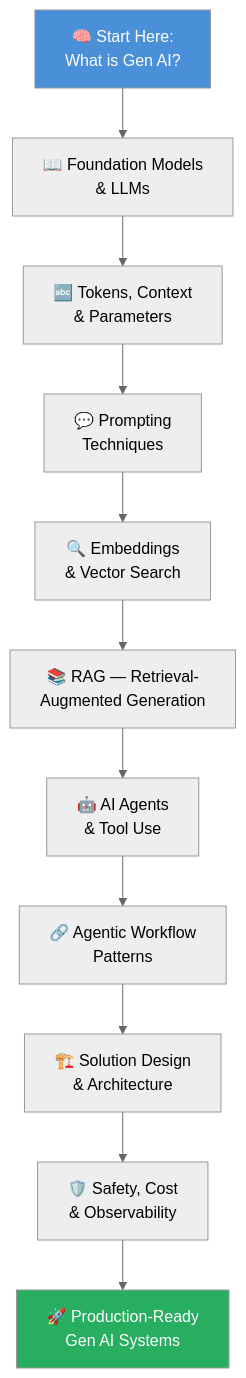
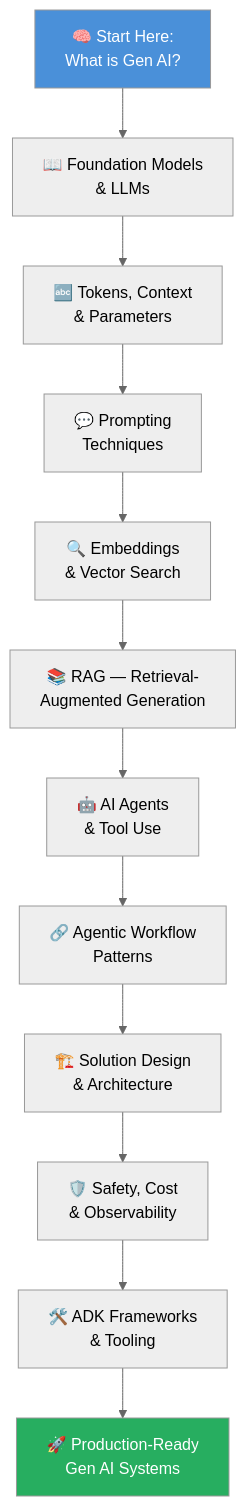
The second of 2 diagrams in artificial-intelligence/README.md (shasanka2710/tech-reference-guide), drawn with Mermaid (neutral theme) before and after one commit. The commit also changed other lines of this file and 6 other files, not shown here.

First line of the commit message:
Add ADK subfolder with documentation for popular ADK frameworks

````diff
--- a/artificial-intelligence/README.md
+++ b/artificial-intelligence/README.md
@@ -55,16 +62,17 @@
 ```mermaid
 flowchart TD
     A["🧠 Start Here:\nWhat is Gen AI?"] --> B["📖 Foundation Models\n& LLMs"]
     B --> C["🔤 Tokens, Context\n& Parameters"]
     C --> D["💬 Prompting\nTechniques"]
     D --> E["🔍 Embeddings\n& Vector Search"]
     E --> F["📚 RAG — Retrieval-\nAugmented Generation"]
     F --> G["🤖 AI Agents\n& Tool Use"]
     G --> H["🔗 Agentic Workflow\nPatterns"]
     H --> I["🏗️ Solution Design\n& Architecture"]
     I --> J["🛡️ Safety, Cost\n& Observability"]
-    J --> K["🚀 Production-Ready\nGen AI Systems"]
+    J --> K["🛠️ ADK Frameworks\n& Tooling"]
+    K --> L["🚀 Production-Ready\nGen AI Systems"]
 
     style A fill:#4A90D9,color:#fff
-    style K fill:#27AE60,color:#fff
+    style L fill:#27AE60,color:#fff
 ```
````
